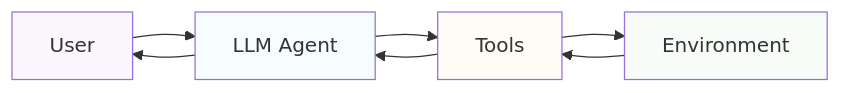
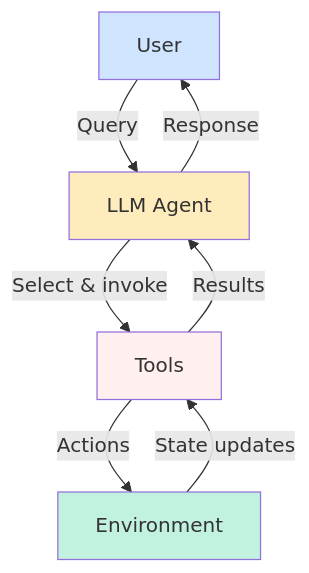
The diagram in docs/tutorials/concepts/agents.md (RailtownAI/railtracks), drawn with Mermaid before and after one commit.

Commit message:
Update agent diagram to improve clarity and add interaction details

````diff
--- a/docs/tutorials/concepts/agents.md
+++ b/docs/tutorials/concepts/agents.md
@@ -24,14 +24,24 @@
 ```mermaid
-graph LR
-    User[User] --> LLM[LLM Agent]
-    LLM --> Tools[Tools]
-    Tools --> Environment[Environment]
-    Environment --> Tools
-    Tools --> LLM
-    LLM --> User
+graph TB
+    User[User]
+    LLM[LLM Agent]
+    Tools[Tools]
+    Env[Environment]
     
-    style LLM fill:#e1f5fe, fill-opacity:0.3
-    style User fill:#f3e5f5, fill-opacity:0.3
-    style Tools fill:#fff3e0, fill-opacity:0.3
-    style Environment fill:#e8f5e8, fill-opacity:0.3
+    User -->|Query| LLM
+    LLM -->|Response| User
+    LLM -->|Select & invoke| Tools
+    Tools -->|Results| LLM
+    Tools -->|Actions| Env
+    Env -->|State updates| Tools
+    
+    classDef userClass fill:#60A5FA,fill-opacity:0.3
+    classDef agentClass fill:#FBBF24,fill-opacity:0.3
+    classDef toolClass fill:#FECACA,fill-opacity:0.3
+    classDef envClass fill:#34D399,fill-opacity:0.3
+    
+    class User userClass;
+    class LLM agentClass;
+    class Tools toolClass;
+    class Env envClass;
 ```
````
